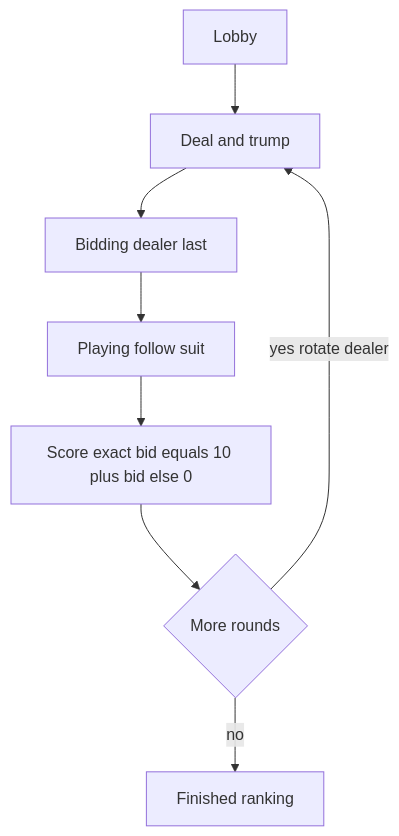
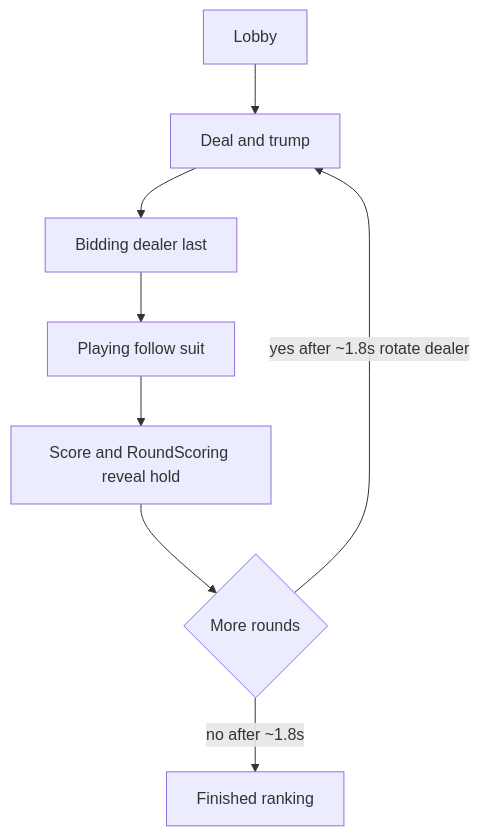
One commit to learnwithsobhit/judgment changed diagram 13 of 18 in docs/Architecture.md. Above: the diagram before and after it, drawn with Mermaid. The commit also changed 10 other files, not shown here.

First line of the commit message:
Delay next-round deal until after last-trick reveal.

````diff
--- a/docs/Architecture.md
+++ b/docs/Architecture.md
@@ -400,14 +400,14 @@
 ```mermaid
 flowchart TD
   lobbyPhase[Lobby]
   deal[Deal and trump]
   bidding[Bidding dealer last]
   playing[Playing follow suit]
-  scoreRound[Score exact bid equals 10 plus bid else 0]
+  scoreRound[Score and RoundScoring reveal hold]
   nextRound{More rounds}
   finished[Finished ranking]
 
   lobbyPhase --> deal --> bidding --> playing --> scoreRound --> nextRound
-  nextRound -->|yes rotate dealer| deal
-  nextRound -->|no| finished
+  nextRound -->|yes after ~1.8s rotate dealer| deal
+  nextRound -->|no after ~1.8s| finished
 ```
````
